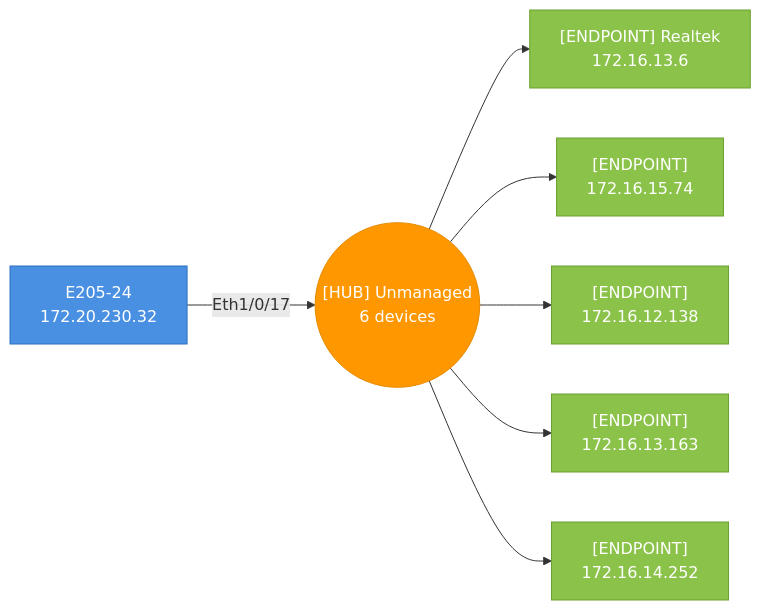
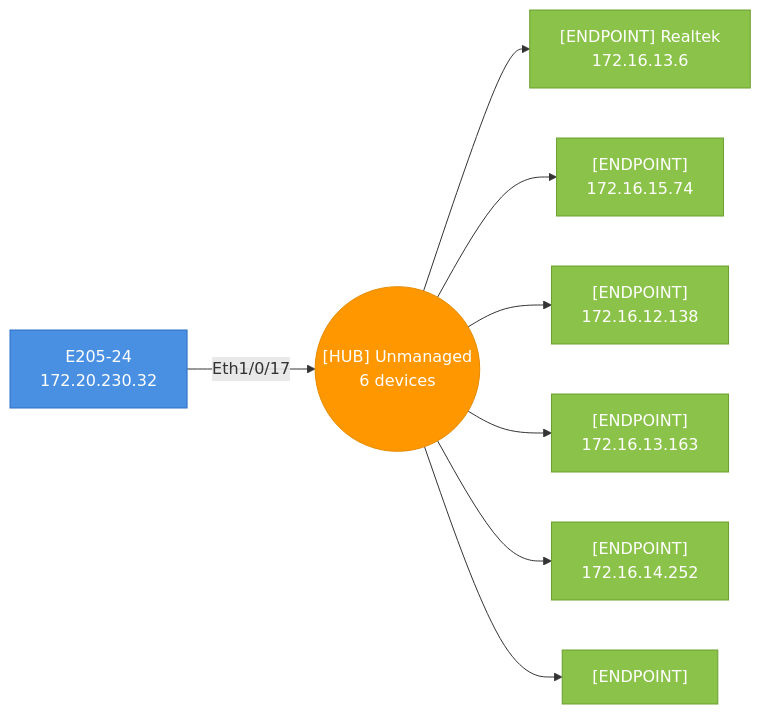
Diagram 25 of 47 in testdata/golden/audit_default.md (djamic/LLDP-Skanner-Go), drawn with Mermaid before and after one commit. The commit also changed other lines of this file and 12 other files, not shown here.

````diff
--- a/testdata/golden/audit_default.md
+++ b/testdata/golden/audit_default.md
@@ -1919,23 +2075,26 @@
 ```mermaid
 graph LR
   hub_f8f0827c30cf_p17(("[HUB] Unmanaged<br>6 devices"))
   f8f0827c30cf["E205-24<br>172.20.230.32"]
   f8f0827c30cf-- "Eth1/0/17" -->hub_f8f0827c30cf_p17
   style f8f0827c30cf fill:#4A90E2,stroke:#2A6FC2,color:#fff
   00e04cf1708d["[ENDPOINT] Realtek<br>172.16.13.6"]
   hub_f8f0827c30cf_p17-->00e04cf1708d
   style 00e04cf1708d fill:#8BC34A,stroke:#6B9F30,color:#fff
   00e070aaa91e["[ENDPOINT]<br>172.16.15.74"]
   hub_f8f0827c30cf_p17-->00e070aaa91e
   style 00e070aaa91e fill:#8BC34A,stroke:#6B9F30,color:#fff
   10b6768b2fdd["[ENDPOINT]<br>172.16.12.138"]
   hub_f8f0827c30cf_p17-->10b6768b2fdd
   style 10b6768b2fdd fill:#8BC34A,stroke:#6B9F30,color:#fff
   28c5c85f53a4["[ENDPOINT]<br>172.16.13.163"]
   hub_f8f0827c30cf_p17-->28c5c85f53a4
   style 28c5c85f53a4 fill:#8BC34A,stroke:#6B9F30,color:#fff
   e45ad4441dc0["[ENDPOINT]<br>172.16.14.252"]
   hub_f8f0827c30cf_p17-->e45ad4441dc0
   style e45ad4441dc0 fill:#8BC34A,stroke:#6B9F30,color:#fff
+  e45ad4441dda["[ENDPOINT]"]
+  hub_f8f0827c30cf_p17-->e45ad4441dda
+  style e45ad4441dda fill:#8BC34A,stroke:#6B9F30,color:#fff
   style hub_f8f0827c30cf_p17 fill:#FF9800,stroke:#E68A00,color:#fff
 ```
````
